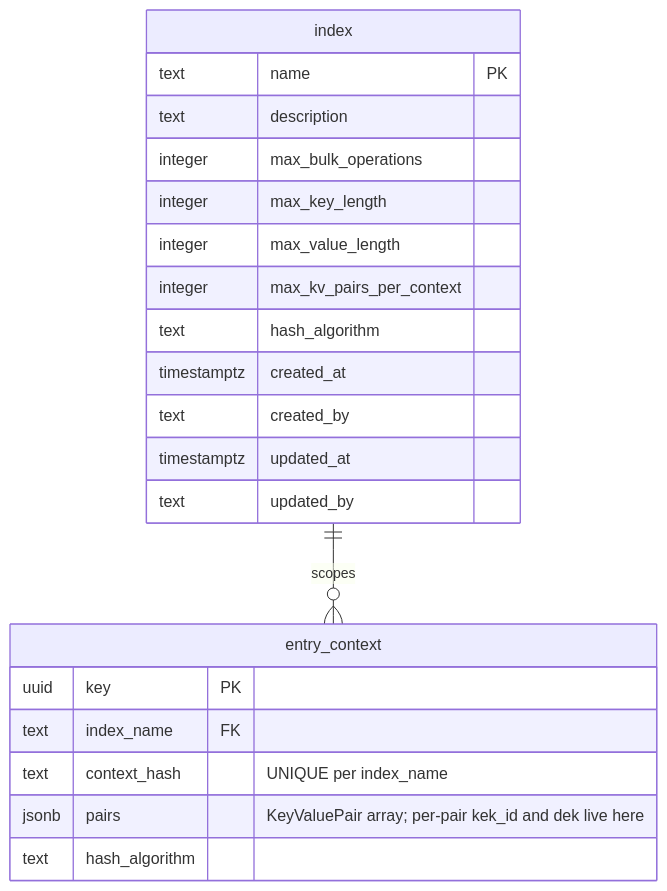
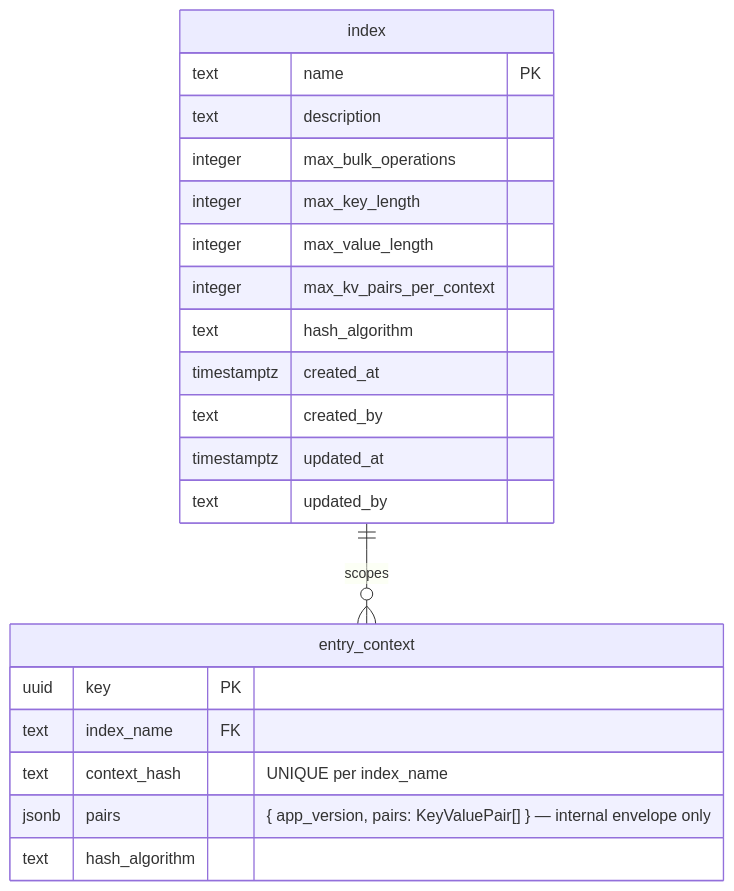
The diagram in projects/rust/datastore/README.md (cperfect/udex), drawn with Mermaid before and after one commit. The commit also changed other lines of this file and 9 other files, not shown here.

First line of the commit message:
feat(datastore): wrap pairs JSONB in versioned PairsEnvelope (ST0015)

````diff
--- a/projects/rust/datastore/README.md
+++ b/projects/rust/datastore/README.md
@@ -70,26 +70,26 @@
 ```mermaid
 erDiagram
     index {
         text name PK
         text description
         integer max_bulk_operations
         integer max_key_length
         integer max_value_length
         integer max_kv_pairs_per_context
         text hash_algorithm
         timestamptz created_at
         text created_by
         timestamptz updated_at
         text updated_by
     }
 
     entry_context {
         uuid key PK
         text index_name FK
         text context_hash "UNIQUE per index_name"
-        jsonb pairs "KeyValuePair array; per-pair kek_id and dek live here"
+        jsonb pairs "{ app_version, pairs: KeyValuePair[] } — internal envelope only"
         text hash_algorithm
     }
 
     index ||--o{ entry_context : "scopes"
 ```
````
